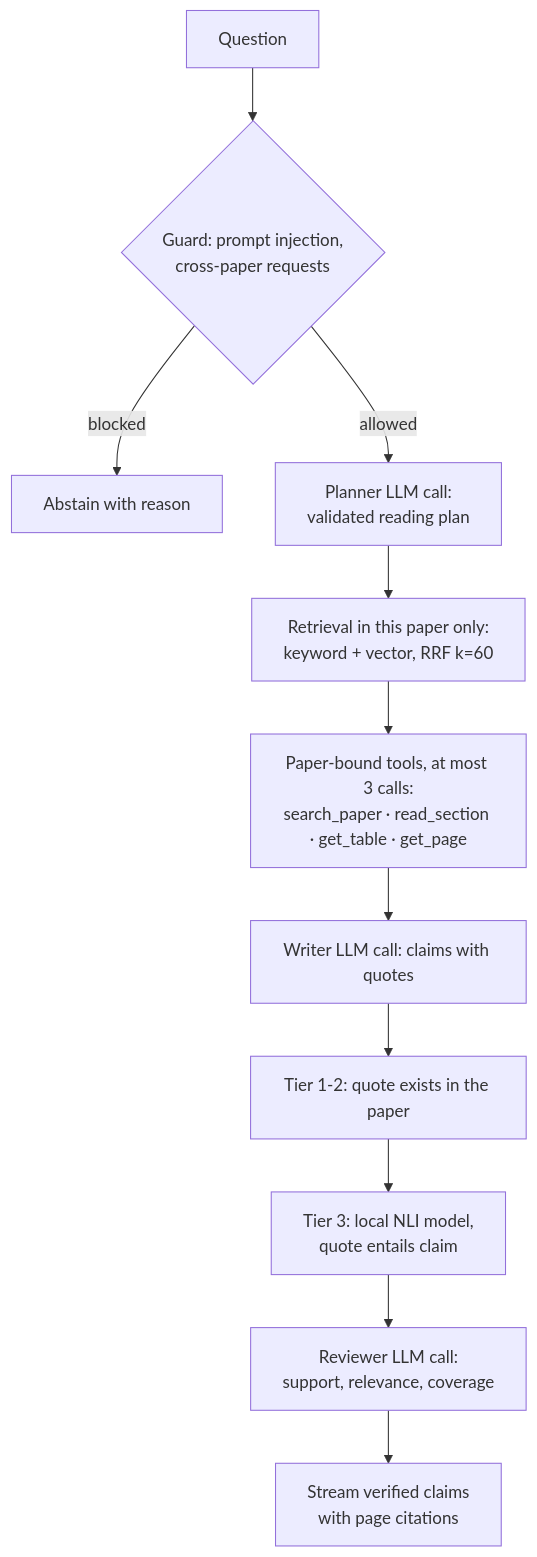
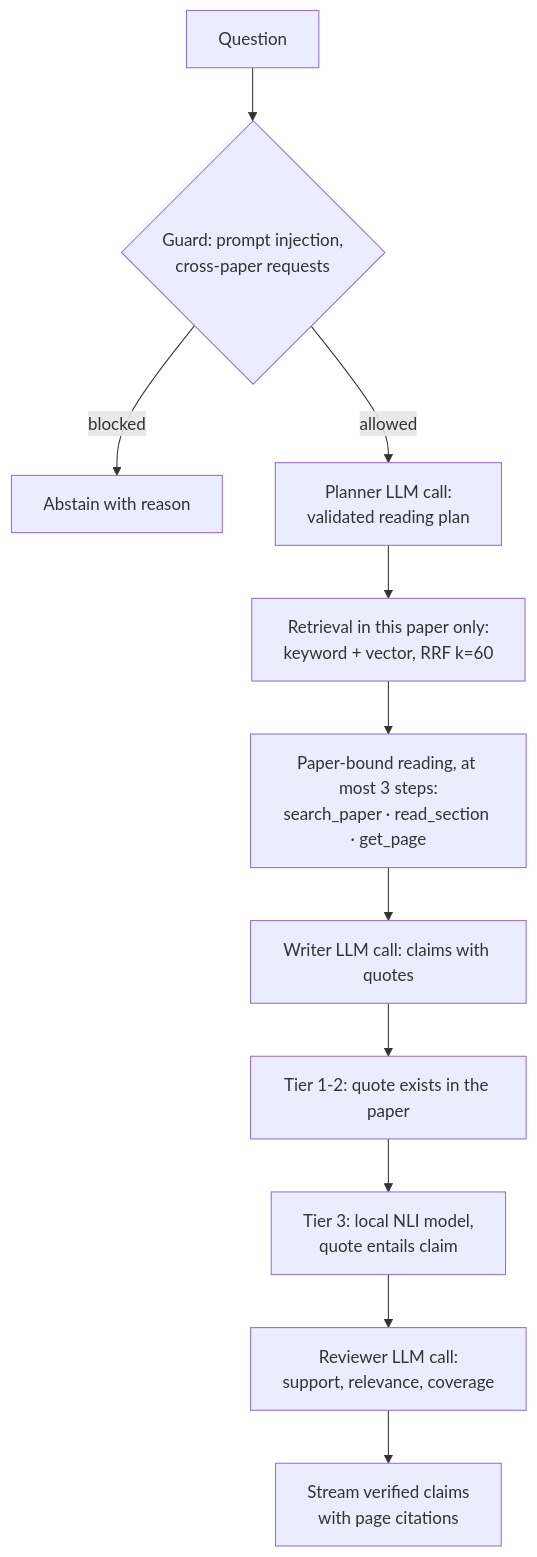
Before and after one commit to mlbala/arie: the second of 2 diagrams in README.md, drawn with Mermaid. The commit also changed other lines of this file and 7 other files, not shown here.

````diff
--- a/README.md
+++ b/README.md
@@ -196,13 +196,13 @@
 ```mermaid
 flowchart TD
   Q[Question] --> G{Guard: prompt injection,<br/>cross-paper requests}
   G -- blocked --> A1[Abstain with reason]
   G -- allowed --> P[Planner LLM call:<br/>validated reading plan]
   P --> R[Retrieval in this paper only:<br/>keyword + vector, RRF k=60]
-  R --> T["Paper-bound tools, at most 3 calls:<br/>search_paper · read_section · get_table · get_page"]
+  R --> T["Paper-bound reading, at most 3 steps:<br/>search_paper · read_section · get_page"]
   T --> W[Writer LLM call: claims with quotes]
   W --> V1[Tier 1-2: quote exists in the paper]
   V1 --> V3[Tier 3: local NLI model,<br/>quote entails claim]
   V3 --> RV[Reviewer LLM call:<br/>support, relevance, coverage]
   RV --> S[Stream verified claims<br/>with page citations]
 ```
````
